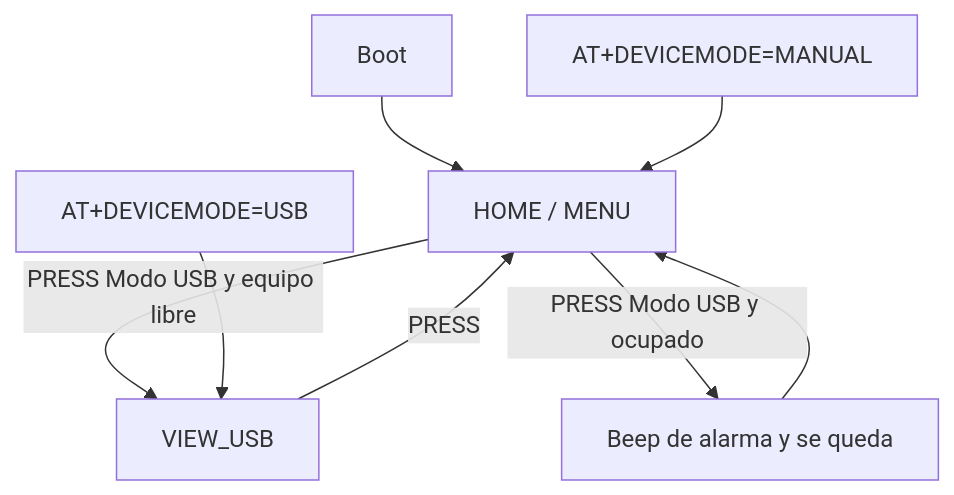
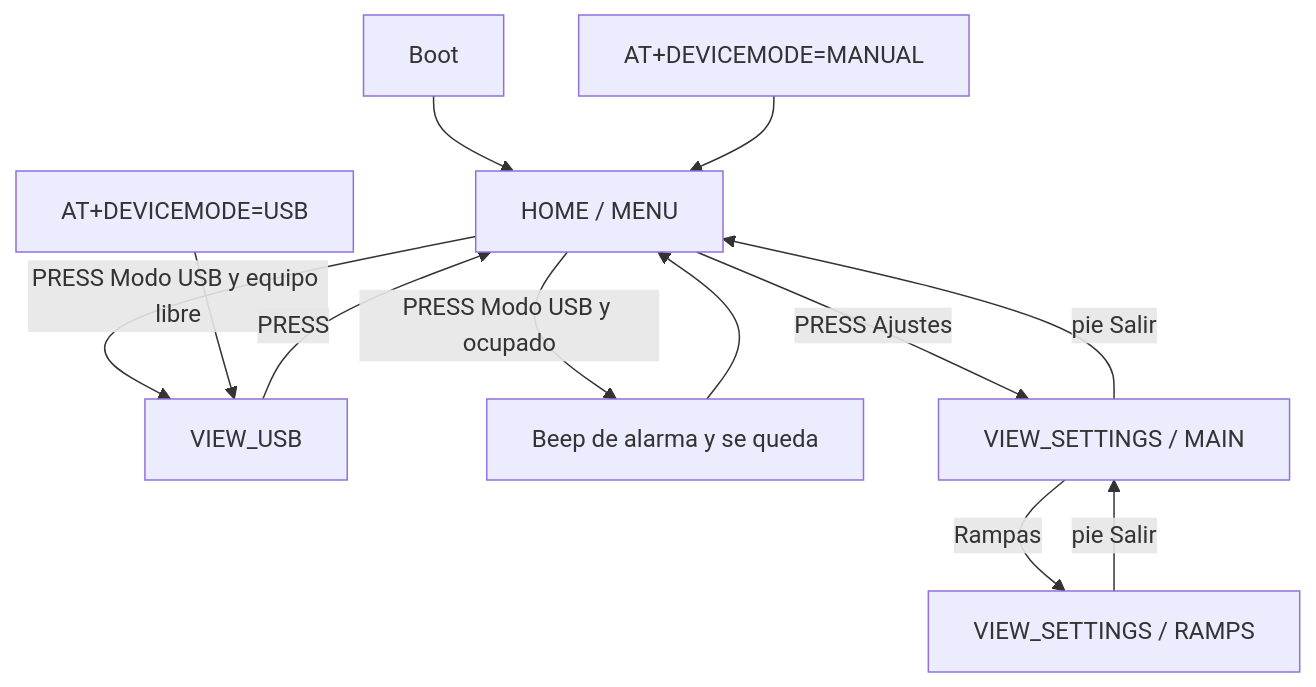
One commit to krisskira/smd-soldering-hotplate changed the third of 4 diagrams in doc/architecture.md. Above: the diagram before and after it, drawn with Mermaid. The commit also changed other lines of this file and 13 other files, not shown here.

First line of the commit message:
feat: implement settings view and enhance UI navigation

````diff
--- a/doc/architecture.md
+++ b/doc/architecture.md
@@ -121,10 +123,14 @@
 ```mermaid
 flowchart TD
     boot["Boot"] --> menu["HOME / MENU"]
     menu -->|"PRESS Modo USB y equipo libre"| usb["VIEW_USB"]
     menu -->|"PRESS Modo USB y ocupado"| beep["Beep de alarma y se queda"]
     beep --> menu
     usb -->|"PRESS"| menu
+    menu -->|"PRESS Ajustes"| set["VIEW_SETTINGS / MAIN"]
+    set -->|"Rampas"| ramps["VIEW_SETTINGS / RAMPS"]
+    ramps -->|"pie Salir"| set
+    set -->|"pie Salir"| menu
     atUsb["AT+DEVICEMODE=USB"] --> usb
     atMan["AT+DEVICEMODE=MANUAL"] --> menu
 ```
````
